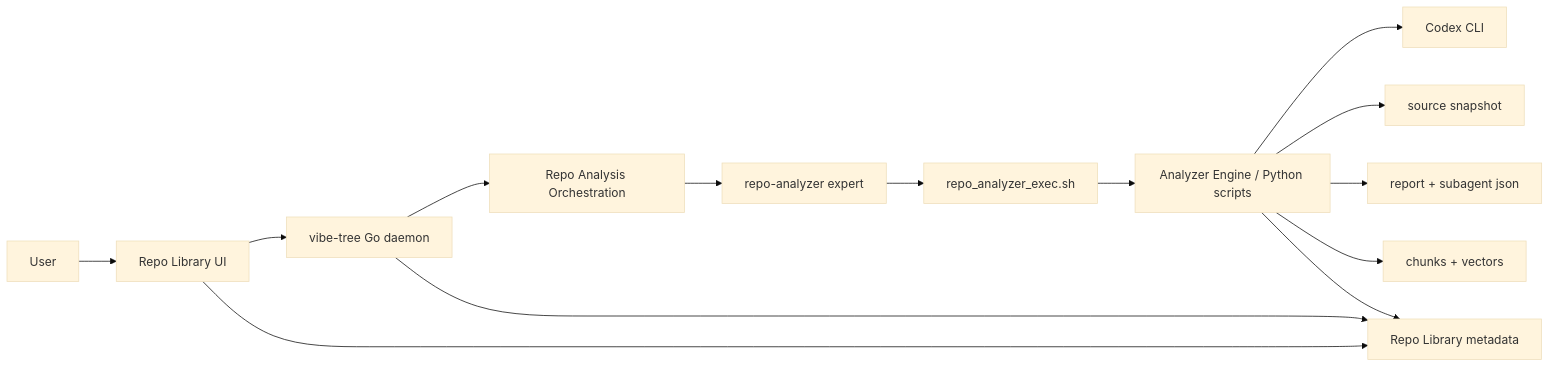
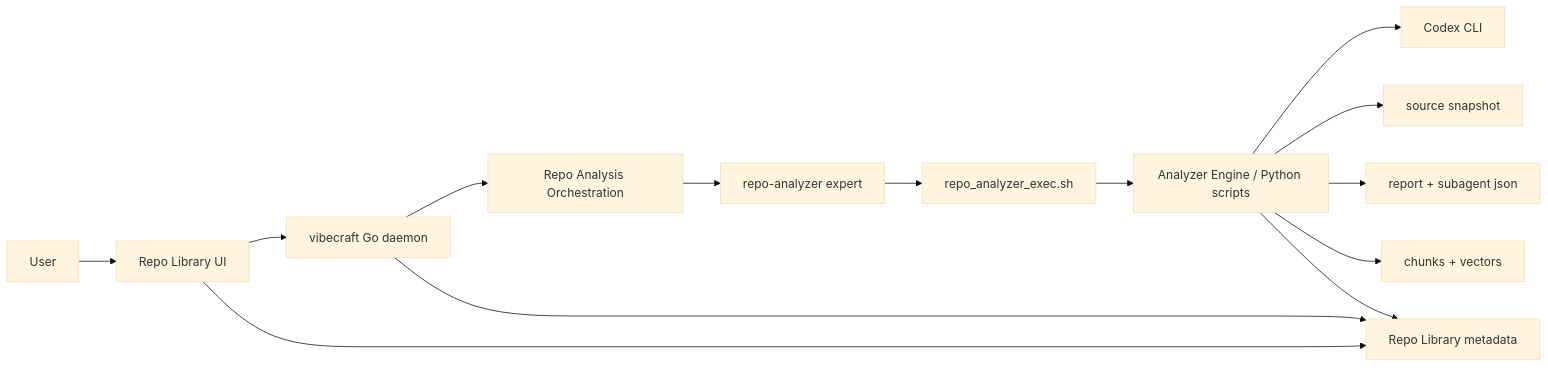
Before and after one commit to sqing33/VibeCraft: the second of 2 diagrams in docs/cli-pivot-and-repo-library-plan.md, drawn with Mermaid (base theme). The commit also changed other lines of this file and 256 other files, not shown here.

````diff
--- a/docs/cli-pivot-and-repo-library-plan.md
+++ b/docs/cli-pivot-and-repo-library-plan.md
@@ -1200,18 +1200,18 @@
 ```mermaid
 flowchart LR
     U["User"] --> UI["Repo Library UI"]
-    UI --> GO["vibe-tree Go daemon"]
+    UI --> GO["vibecraft Go daemon"]
 
     GO --> ORCH["Repo Analysis Orchestration"]
     ORCH --> EXP["repo-analyzer expert"]
     EXP --> WRAP["repo_analyzer_exec.sh"]
     WRAP --> PY["Analyzer Engine / Python scripts"]
     PY --> CODX["Codex CLI"]
     PY --> SRC["source snapshot"]
     PY --> RPT["report + subagent json"]
     PY --> IDX["chunks + vectors"]
 
     PY --> DB["Repo Library metadata"]
     GO --> DB
     UI --> DB
 ```
````
